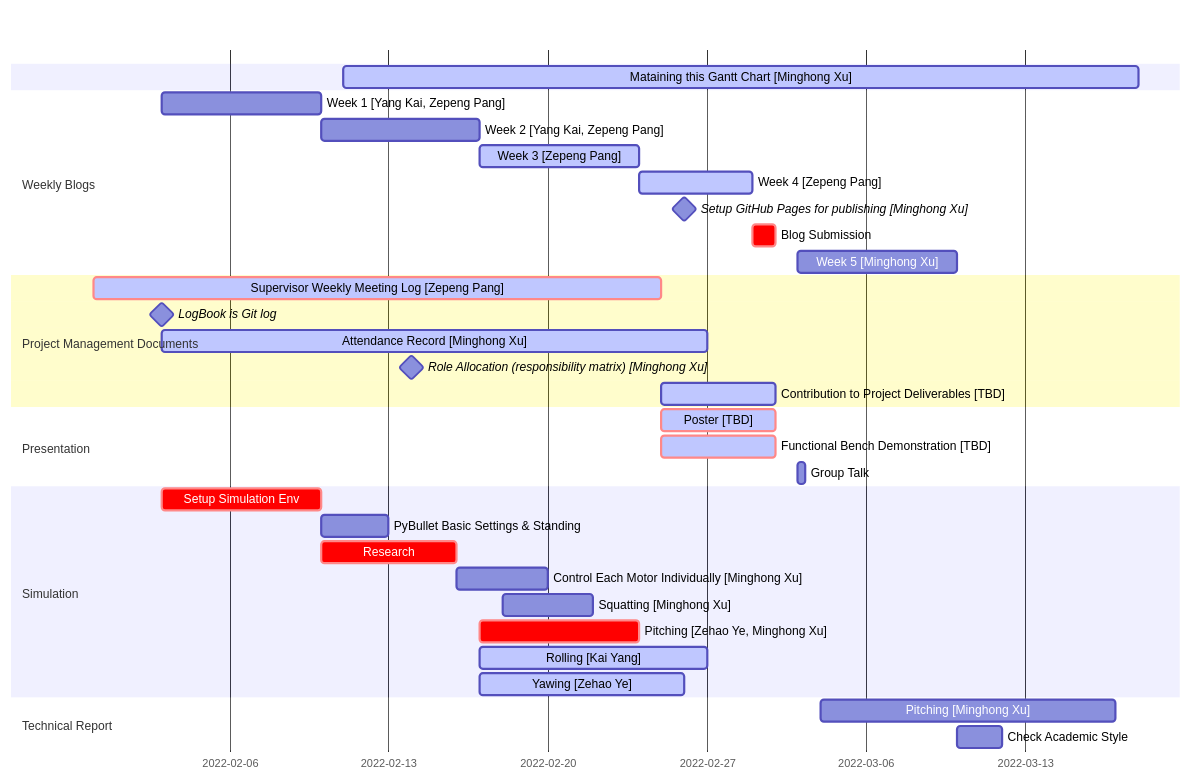
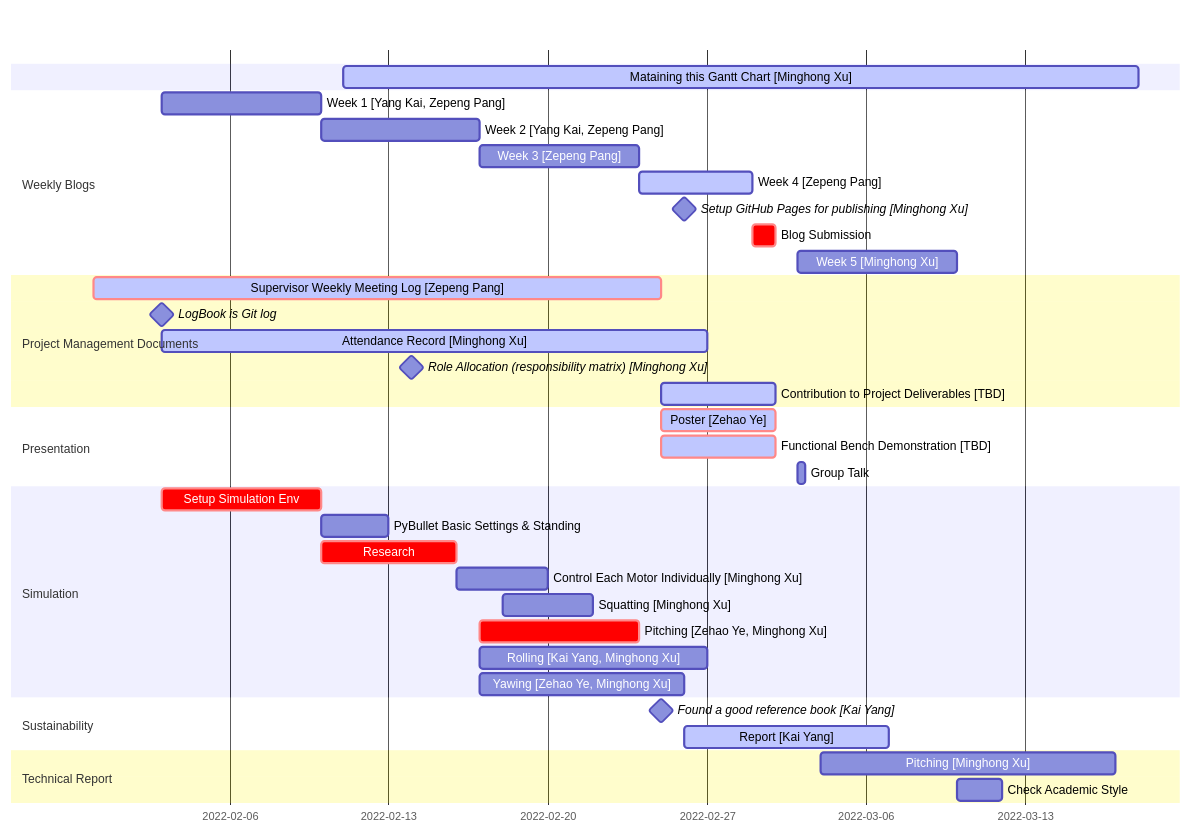
One commit to minghongx/year2-project changed the diagram in README.md. Above: the diagram before and after it, drawn with Mermaid.

Commit message:
Update the Gantt Chart

````diff
--- a/README.md
+++ b/README.md
@@ -6,41 +6,45 @@
 ```mermaid
 gantt
     dateFormat  YYYY-MM-DD
 
     Mataining this Gantt Chart [Minghong Xu] : active, 2022-02-11, 2022-03-18
 
     section Weekly Blogs
     Week 1 [Yang Kai, Zepeng Pang] : blog1, 2022-02-03, 7d
     Week 2 [Yang Kai, Zepeng Pang] : blog2, after blog1, 7d
-    Week 3 [Zepeng Pang] : active, blog3, after blog2, 7d
+    Week 3 [Zepeng Pang] : blog3, after blog2, 7d
     Week 4 [Zepeng Pang] : active, blog4, after blog3, 5d
     Setup GitHub Pages for publishing [Minghong Xu] : milestone, 2022-02-26, 0d
     Blog Submission : crit, after blog4, 2022-03-02
     Week 5 [Minghong Xu] : 2022-03-03, 7d
 
     section Project Management Documents
     Supervisor Weekly Meeting Log [Zepeng Pang] : crit, active, 2022-01-31, 2022-02-25
     LogBook is Git log: milestone, 2022-02-03, 0d
     Attendance Record [Minghong Xu] : active, 2022-02-03, 2022-02-27
     Role Allocation (responsibility matrix) [Minghong Xu] : milestone, 2022-02-14, 0d
     Contribution to Project Deliverables [TBD] : active, 2022-02-25, 2022-03-02
 
     section Presentation
-    Poster [TBD] : crit, active, 2022-02-25, 2022-03-02
+    Poster [Zehao Ye] : crit, active, 2022-02-25, 2022-03-02
     Functional Bench Demonstration [TBD] : crit, active, 2022-02-25, 2022-03-02
     Group Talk : 2022-03-03, 8h
 
     section Simulation
     Setup Simulation Env : crit, setup_sim_env, 2022-02-03, 7d
     PyBullet Basic Settings & Standing :after setup_sim_env, 3d
     Research : crit, research, after setup_sim_env, 6d
     Control Each Motor Individually [Minghong Xu] : after research, 2022-02-20
     Squatting [Minghong Xu] : 2022-02-18, 2022-02-22
     Pitching [Zehao Ye, Minghong Xu] : crit, 2022-02-17, 2022-02-24
-    Rolling [Kai Yang] : active, 2022-02-17, 2022-02-27
-    Yawing [Zehao Ye] : active, 2022-02-17, 2022-02-26
+    Rolling [Kai Yang, Minghong Xu] : 2022-02-17, 2022-02-27
+    Yawing [Zehao Ye, Minghong Xu] : 2022-02-17, 2022-02-26
+
+    section Sustainability
+    Found a good reference book [Kai Yang] : milestone, 2022-02-25, 0d
+    Report [Kai Yang] : active, 2022-02-26, 2022-03-07
 
     section Technical Report
     Pitching [Minghong Xu] : 2022-03-04, 2022-03-17
     Check Academic Style : 2022-03-10, 2d
 ```
````
